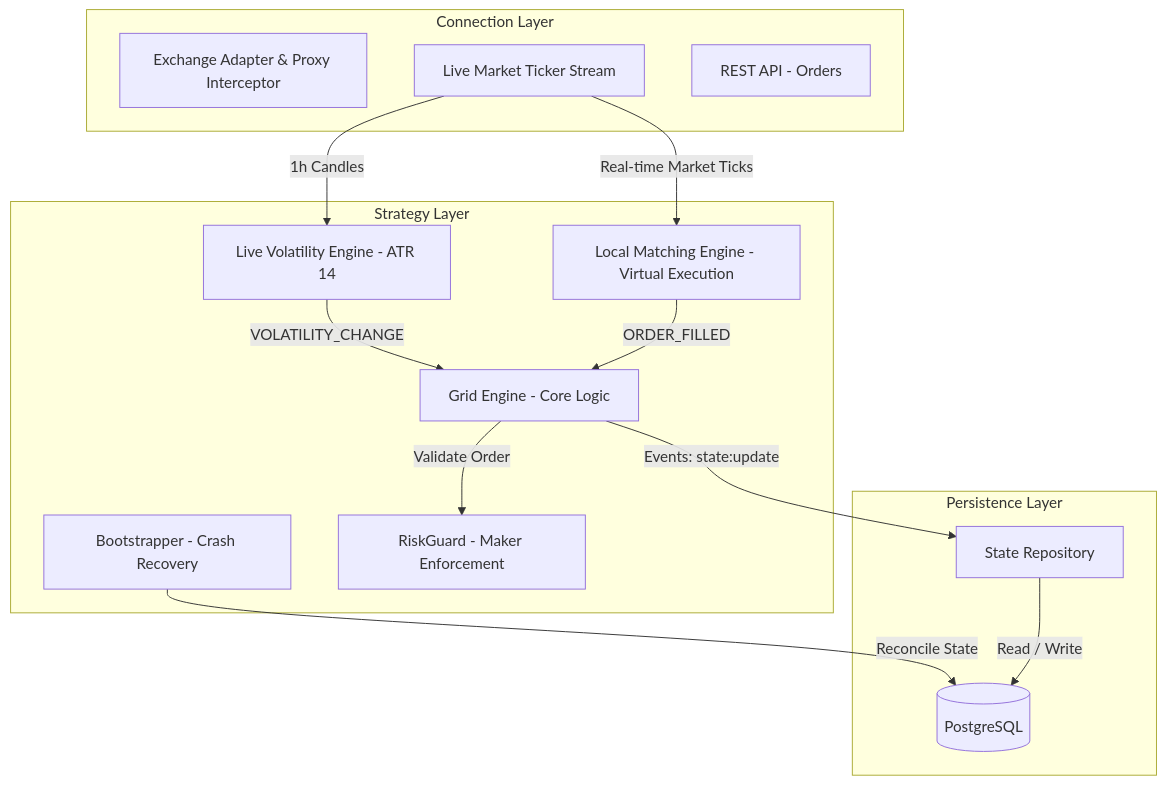
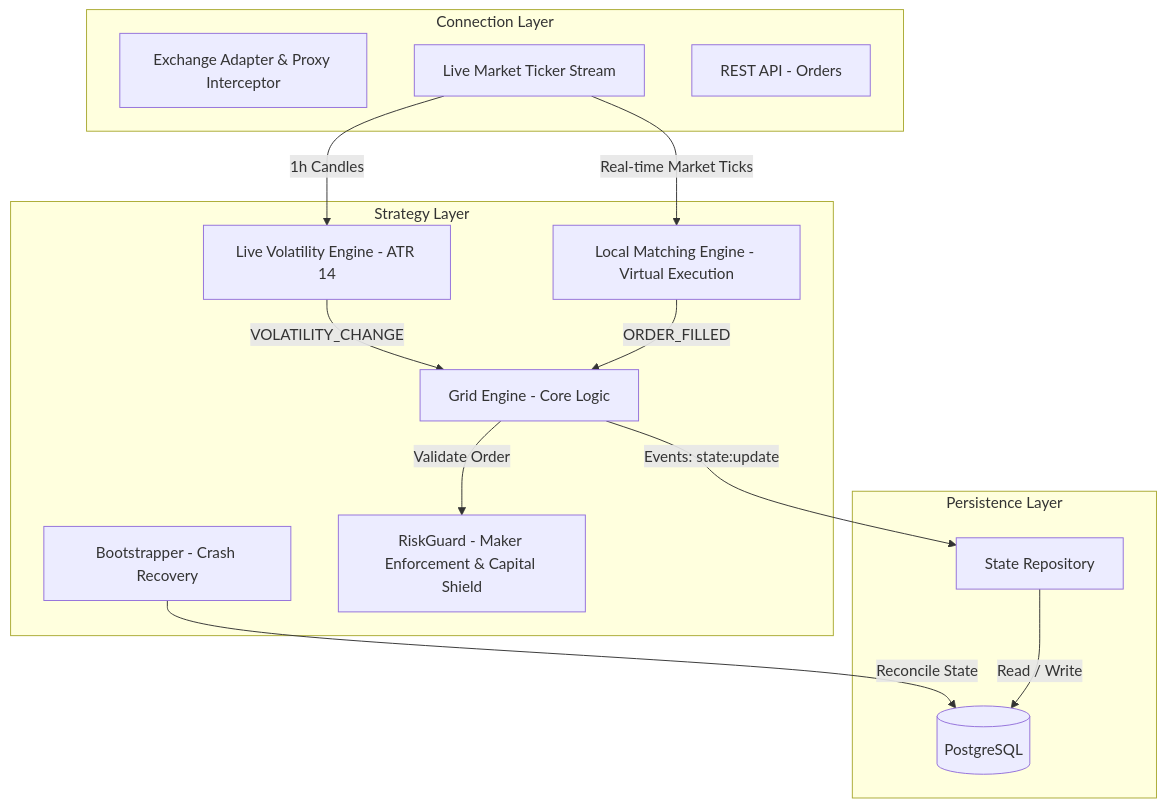
One commit to lancubal/grid_trading_bot changed the diagram in README.md. Above: the diagram before and after it, drawn with Mermaid. The commit also changed other lines of this file and 3 other files, not shown here.

Commit message:
feat: implement MAX_GRID_ALLOCATION_USD capital shielding in RiskGuard & add dashboard setup commands to README

````diff
--- a/README.md
+++ b/README.md
@@ -44,30 +68,30 @@
 ```mermaid
 graph TD
     subgraph Connection Layer
         EA[Exchange Adapter & Proxy Interceptor]
         WS[Live Market Ticker Stream]
         REST[REST API - Orders]
     end
 
     subgraph Strategy Layer
         GE[Grid Engine - Core Logic]
         LVE[Live Volatility Engine - ATR 14]
         LME[Local Matching Engine - Virtual Execution]
         BM[Bootstrapper - Crash Recovery]
-        RG[RiskGuard - Maker Enforcement]
+        RG[RiskGuard - Maker Enforcement & Capital Shield]
     end
 
     subgraph Persistence Layer
         SM[State Repository]
         DB[(PostgreSQL)]
     end
 
     WS -->|Real-time Market Ticks| LME
     WS -->|1h Candles| LVE
     LVE -->|VOLATILITY_CHANGE| GE
     LME -->|ORDER_FILLED| GE
     GE -->|Validate Order| RG
     BM -->|Reconcile State| DB
     GE -->|Events: state:update| SM
     SM -->|Read / Write| DB
 ```
````
